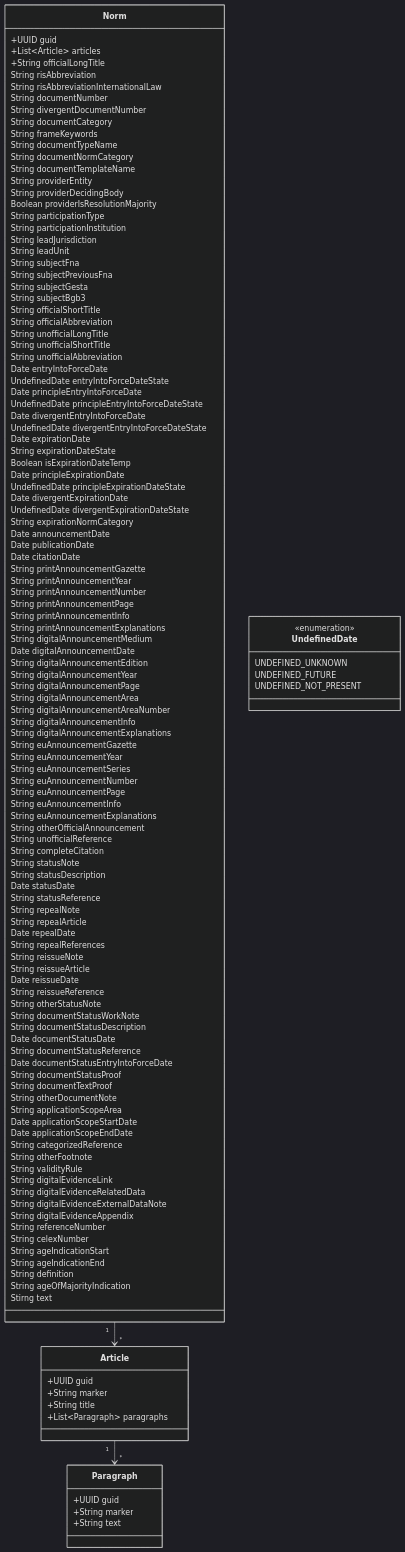
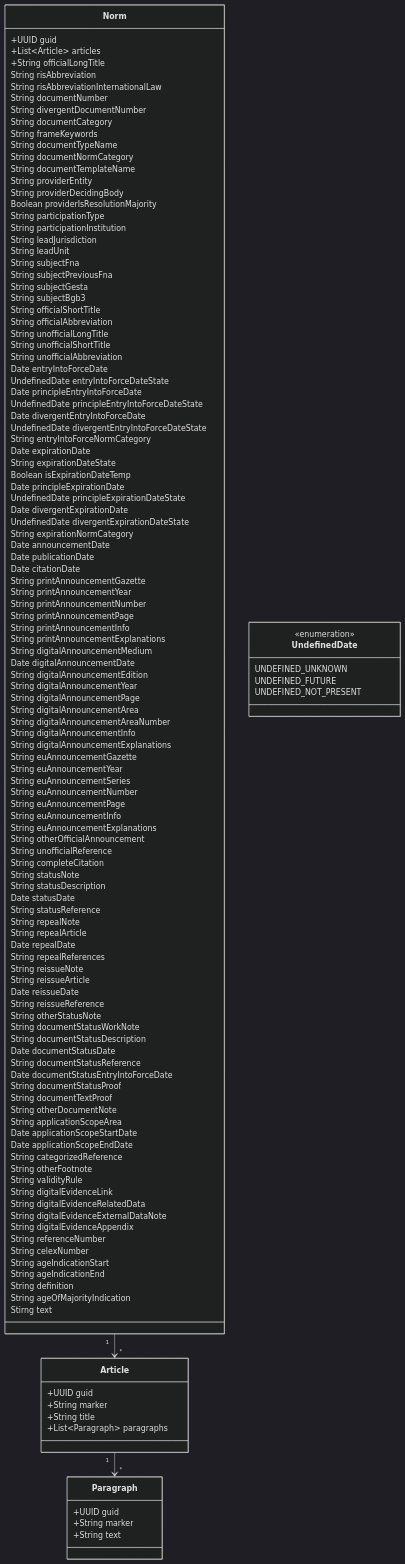
The diagram in doc/norms/domain-model.md (digitalservicebund/ris-backend-service), drawn with Mermaid (dark theme) before and after one commit. The commit also changed 17 other files, not shown here.

Commit message:
Added missing field entryIntoForceNormCategory

```diff
--- a/doc/norms/domain-model.md
+++ b/doc/norms/domain-model.md
@@ -45,6 +45,7 @@
     UndefinedDate principleEntryIntoForceDateState
     Date divergentEntryIntoForceDate
     UndefinedDate divergentEntryIntoForceDateState
+    String entryIntoForceNormCategory
 
     Date expirationDate
     String expirationDateState
```
